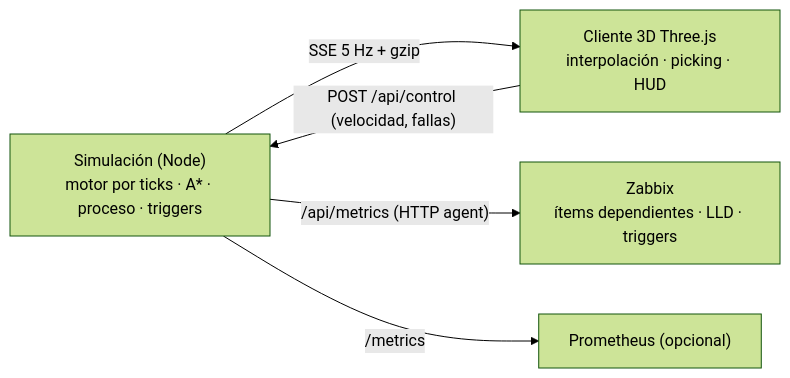
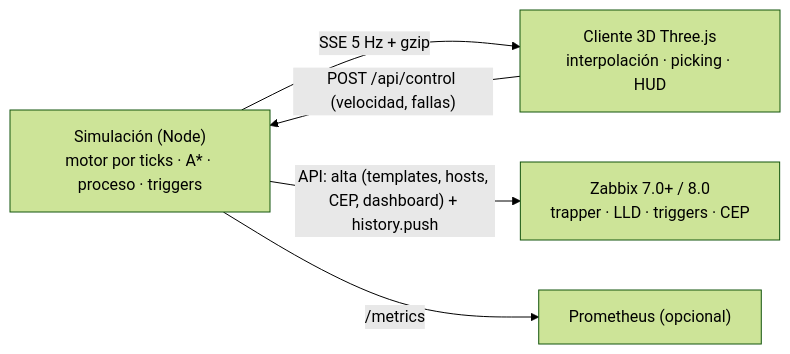
The diagram in README.md (SimonLexRS/Zabbix-Demo-Manufactura), drawn with Mermaid (forest theme) before and after one commit. The commit also changed other lines of this file and 10 other files, not shown here.

First line of the commit message:
Replicable en cualquier Zabbix y Dokploy con solo ZABBIX_URL + ZABBIX_API_TOKEN

````diff
--- a/README.md
+++ b/README.md
@@ -7,7 +7,7 @@
 ```mermaid
 flowchart LR
   SIM["Simulación (Node)<br/>motor por ticks · A* · proceso · triggers"] -->|SSE 5 Hz + gzip| WEB["Cliente 3D Three.js<br/>interpolación · picking · HUD"]
-  SIM -->|"/api/metrics (HTTP agent)"| ZBX["Zabbix<br/>ítems dependientes · LLD · triggers"]
+  SIM -->|"API: alta (templates, hosts, CEP, dashboard) + history.push"| ZBX["Zabbix 7.0+ / 8.0<br/>trapper · LLD · triggers · CEP"]
   SIM -->|"/metrics"| PROM["Prometheus (opcional)"]
   WEB -->|"POST /api/control (velocidad, fallas)"| SIM
 ```
````
